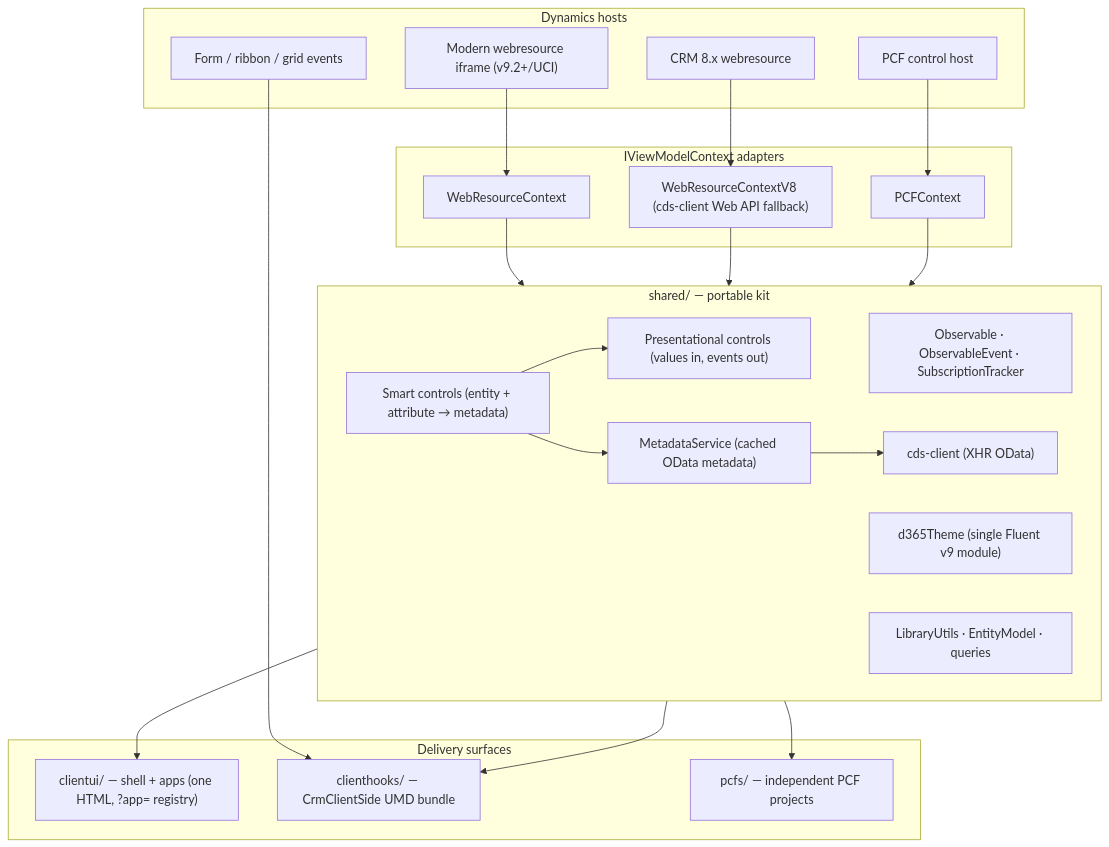
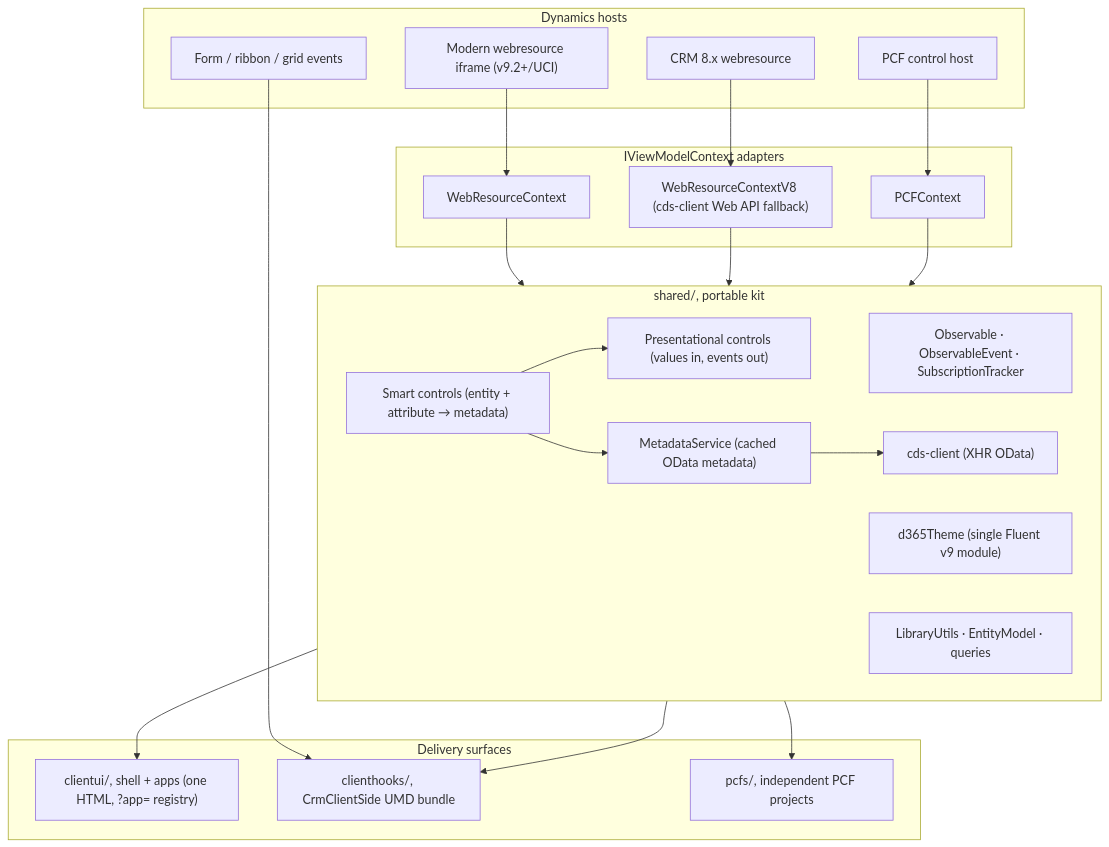
One commit to antoniocuegervas/d365-clientside-kit changed the diagram in docs/architecture.md. Above: the diagram before and after it, drawn with Mermaid. The commit also changed other lines of this file and 14 other files, not shown here.

````diff
--- a/docs/architecture.md
+++ b/docs/architecture.md
@@ -7,45 +7,45 @@
 ```mermaid
 flowchart TB
     subgraph hosts [Dynamics hosts]
         ModernWR["Modern webresource iframe (v9.2+/UCI)"]
         LegacyWR["CRM 8.x webresource"]
         PCFHost["PCF control host"]
         Scripts["Form / ribbon / grid events"]
     end
 
     subgraph adapters [IViewModelContext adapters]
         WRC["WebResourceContext"]
         WRC8["WebResourceContextV8 (cds-client Web API fallback)"]
         PCFC["PCFContext"]
     end
 
-    subgraph kit [shared/ — portable kit]
+    subgraph kit [shared/, portable kit]
         Reactivity["Observable · ObservableEvent · SubscriptionTracker"]
         Smart["Smart controls (entity + attribute → metadata)"]
         Pres["Presentational controls (values in, events out)"]
         Meta["MetadataService (cached OData metadata)"]
         Cds["cds-client (XHR OData)"]
         Theme["d365Theme (single Fluent v9 module)"]
         Utils["LibraryUtils · EntityModel · queries"]
     end
 
     subgraph delivery [Delivery surfaces]
-        ClientUI["clientui/ — shell + apps (one HTML, ?app= registry)"]
-        Hooks["clienthooks/ — CrmClientSide UMD bundle"]
-        PCFs["pcfs/ — independent PCF projects"]
+        ClientUI["clientui/, shell + apps (one HTML, ?app= registry)"]
+        Hooks["clienthooks/, CrmClientSide UMD bundle"]
+        PCFs["pcfs/, independent PCF projects"]
     end
 
     ModernWR --> WRC
     LegacyWR --> WRC8
     PCFHost --> PCFC
     Scripts --> Hooks
     WRC --> kit
     WRC8 --> kit
     PCFC --> kit
     kit --> ClientUI
     kit --> Hooks
     kit --> PCFs
     Smart --> Pres
     Smart --> Meta
     Meta --> Cds
 ```
````
